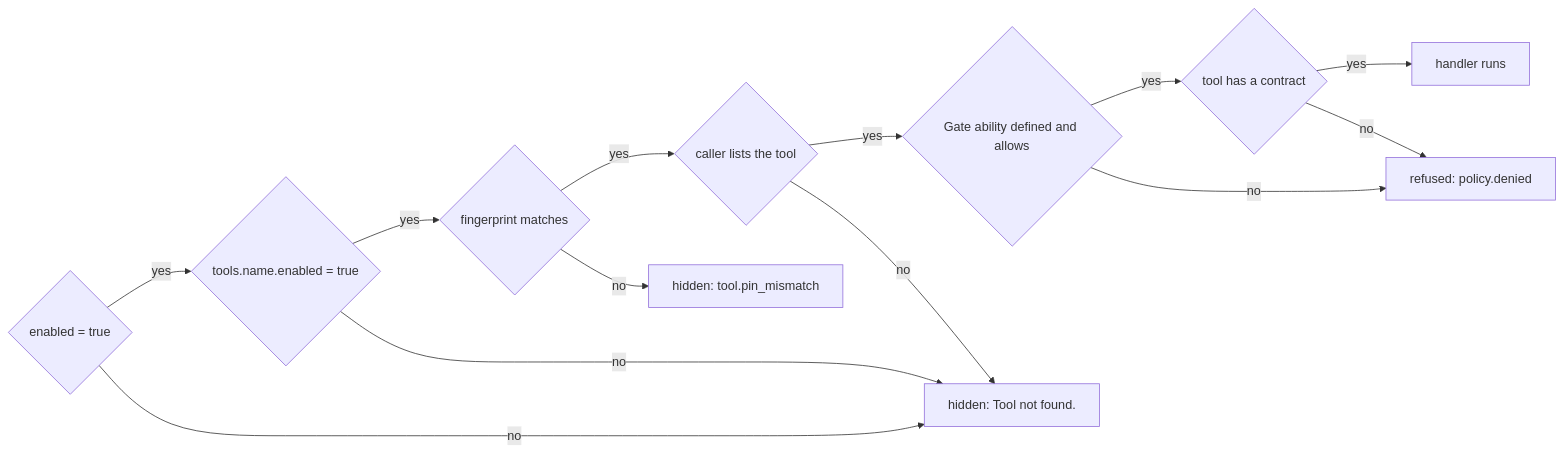
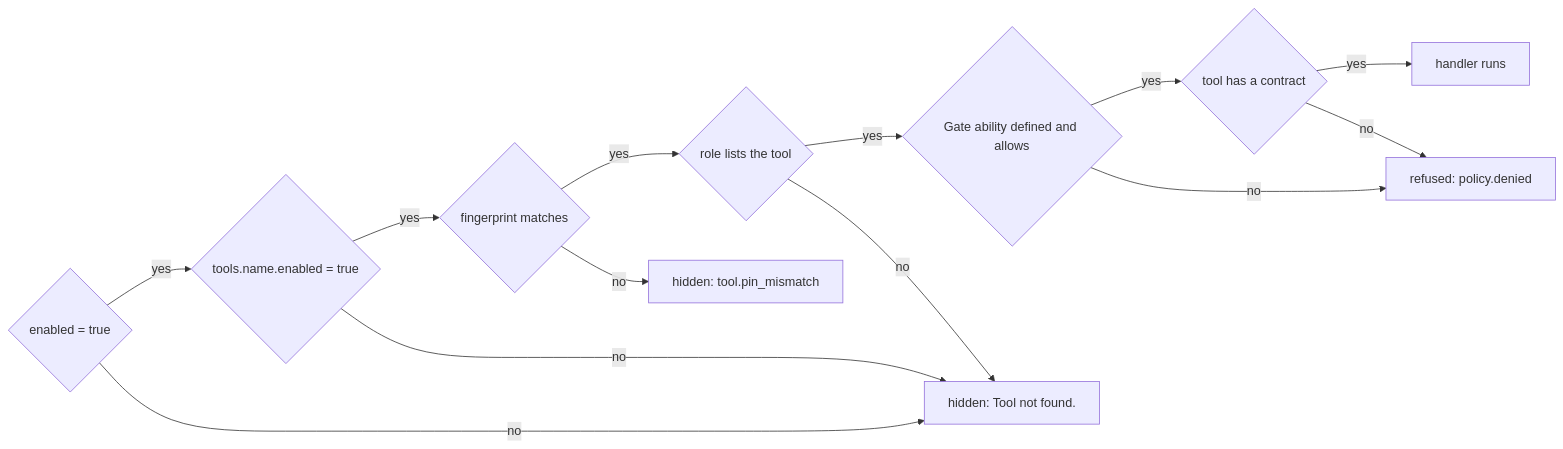
One commit to EverRest/context-gate changed the sixth of 8 diagrams in README.md. Above: the diagram before and after it, drawn with Mermaid. The commit also changed other lines of this file, not shown here.

````diff
--- a/README.md
+++ b/README.md
@@ -596,15 +599,15 @@
 ```mermaid
 flowchart LR
   A{"enabled = true"} -->|yes| B{"tools.name.enabled = true"}
   B -->|yes| C{"fingerprint matches"}
-  C -->|yes| D{"caller lists the tool"}
+  C -->|yes| D{"role lists the tool"}
   D -->|yes| E{"Gate ability defined and allows"}
   E -->|yes| F{"tool has a contract"}
   F -->|yes| OK["handler runs"]
   A -->|no| H["hidden: Tool not found."]
   B -->|no| H
   C -->|no| P["hidden: tool.pin_mismatch"]
   D -->|no| H
   E -->|no| X["refused: policy.denied"]
   F -->|no| X
 ```
````
